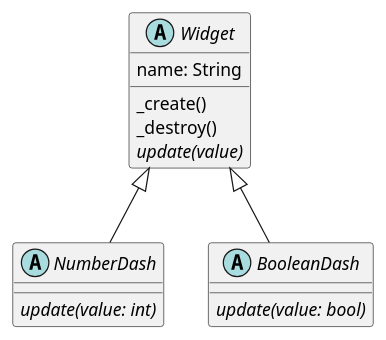
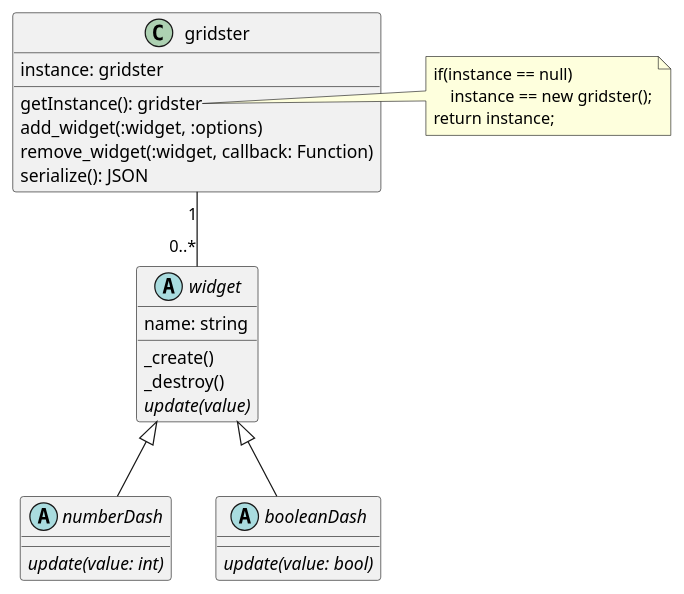
Before and after one commit to uzdry/PSE: the diagram in Entwurf/diagrams/UI.pu, drawn with PlantUML.

Commit message:
Added the grid itself

```diff
--- a/Entwurf/diagrams/UI.pu
+++ b/Entwurf/diagrams/UI.pu
@@ -1,24 +1,39 @@
 @startuml
 
 
-Widget <|-- NumberDash
-Widget <|-- BooleanDash
+widget <|-- numberDash
+widget <|-- booleanDash
+gridster "1" -- "0..*" widget
 
-abstract class Widget{
-    name: String
+
+abstract class widget{
+    name: string
     _create()
     _destroy()
     {abstract} update(value)
 }
 
-abstract class NumberDash{
+abstract class numberDash{
     {abstract} update(value: int)
 }
 
-abstract class BooleanDash{
+abstract class booleanDash{
     {abstract} update(value: bool)
 }
 
+class gridster{
+    instance: gridster
+    getInstance(): gridster
+    add_widget(:widget, :options)
+    remove_widget(:widget, callback: Function)
+    serialize(): JSON 
+}
+
+note right of gridster::getInstance()
+    if(instance == null)
+        instance == new gridster();
+    return instance;
+end note
 
 
 @enduml
```
